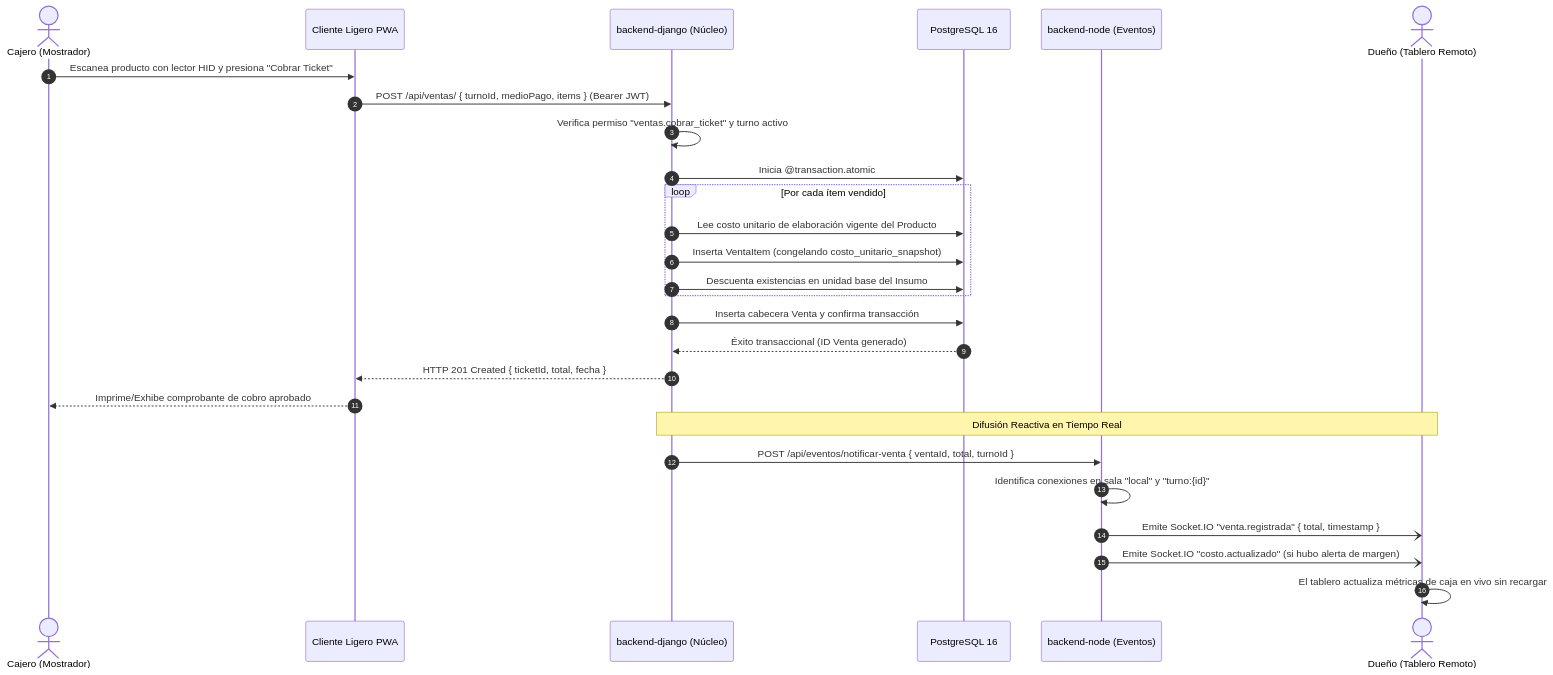
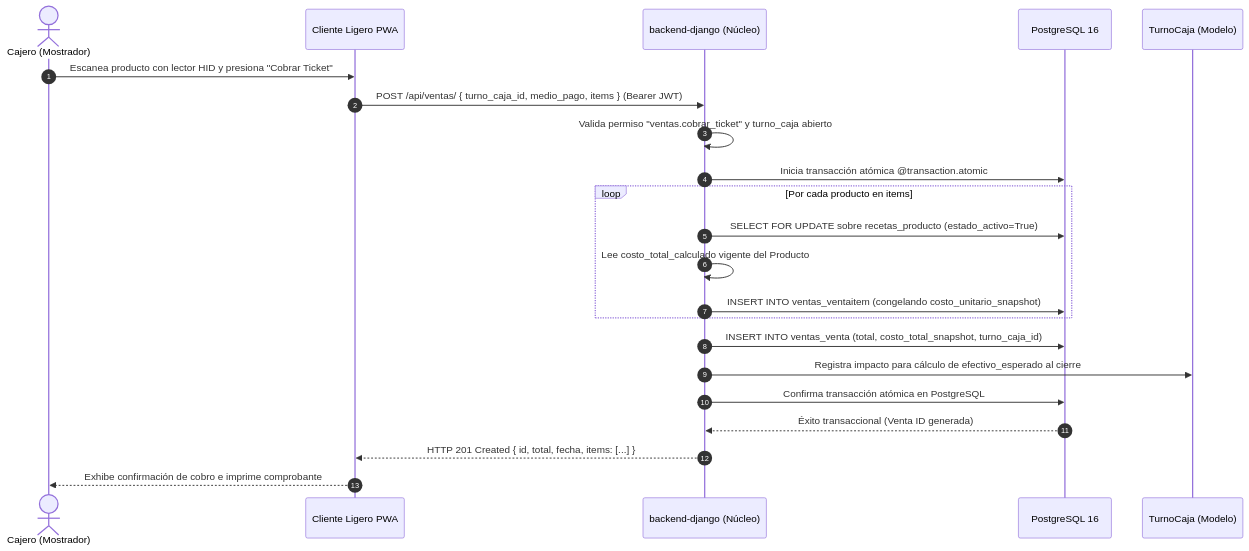
Before and after one commit to Zalko03/tpi-tfi-utn: the fifth of 8 diagrams in docs/INFORME_FINAL_TFI.md, drawn with Mermaid. The commit also changed other lines of this file and 2 other files, not shown here.

````diff
--- a/docs/INFORME_FINAL_TFI.md
+++ b/docs/INFORME_FINAL_TFI.md
@@ -548,33 +578,27 @@
 ```mermaid
 sequenceDiagram
     autonumber
     actor Cajero as Cajero (Mostrador)
     participant PWA as Cliente Ligero PWA
     participant Django as backend-django (Núcleo)
     participant PG as PostgreSQL 16
-    participant Node as backend-node (Eventos)
-    actor Dueño as Dueño (Tablero Remoto)
+    participant Turno as TurnoCaja (Modelo)
 
     Cajero->>PWA: Escanea producto con lector HID y presiona "Cobrar Ticket"
-    PWA->>Django: POST /api/ventas/ { turnoId, medioPago, items } (Bearer JWT)
-    Django->>Django: Verifica permiso "ventas.cobrar_ticket" y turno activo
-    Django->>PG: Inicia @transaction.atomic
+    PWA->>Django: POST /api/ventas/ { turno_caja_id, medio_pago, items } (Bearer JWT)
+    Django->>Django: Valida permiso "ventas.cobrar_ticket" y turno_caja abierto
+    Django->>PG: Inicia transacción atómica @transaction.atomic
 
-    loop Por cada ítem vendido
-        Django->>PG: Lee costo unitario de elaboración vigente del Producto
-        Django->>PG: Inserta VentaItem (congelando costo_unitario_snapshot)
-        Django->>PG: Descuenta existencias en unidad base del Insumo
+    loop Por cada producto en items
+        Django->>PG: SELECT FOR UPDATE sobre recetas_producto (estado_activo=True)
+        Django->>Django: Lee costo_total_calculado vigente del Producto
+        Django->>PG: INSERT INTO ventas_ventaitem (congelando costo_unitario_snapshot)
     end
 
-    Django->>PG: Inserta cabecera Venta y confirma transacción
-    PG-->>Django: Éxito transaccional (ID Venta generado)
-    Django-->>PWA: HTTP 201 Created { ticketId, total, fecha }
-    PWA-->>Cajero: Imprime/Exhibe comprobante de cobro aprobado
-
-    Note over Django,Dueño: Difusión Reactiva en Tiempo Real
-    Django->>Node: POST /api/eventos/notificar-venta { ventaId, total, turnoId }
-    Node->>Node: Identifica conexiones en sala "local" y "turno:{id}"
-    Node-)Dueño: Emite Socket.IO "venta.registrada" { total, timestamp }
-    Node-)Dueño: Emite Socket.IO "costo.actualizado" (si hubo alerta de margen)
-    Dueño->>Dueño: El tablero actualiza métricas de caja en vivo sin recargar
+    Django->>PG: INSERT INTO ventas_venta (total, costo_total_snapshot, turno_caja_id)
+    Django->>Turno: Registra impacto para cálculo de efectivo_esperado al cierre
+    Django->>PG: Confirma transacción atómica en PostgreSQL
+    PG-->>Django: Éxito transaccional (Venta ID generada)
+    Django-->>PWA: HTTP 201 Created { id, total, fecha, items: [...] }
+    PWA-->>Cajero: Exhibe confirmación de cobro e imprime comprobante
 ```
````
